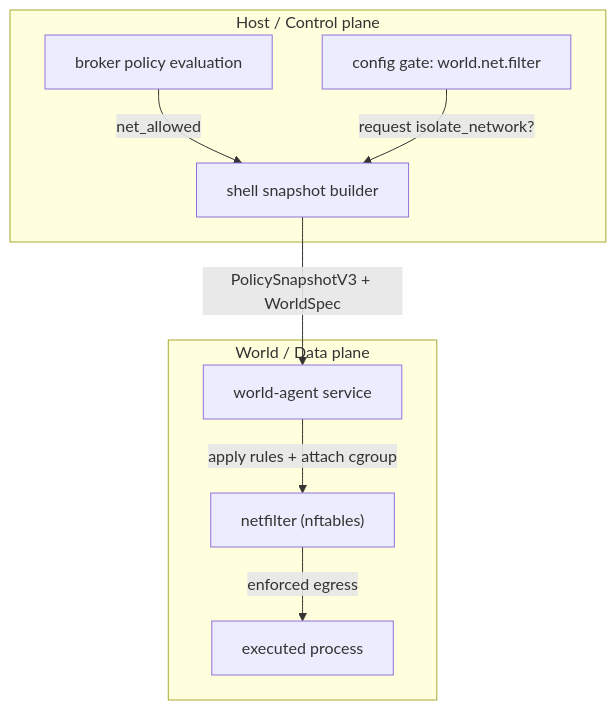
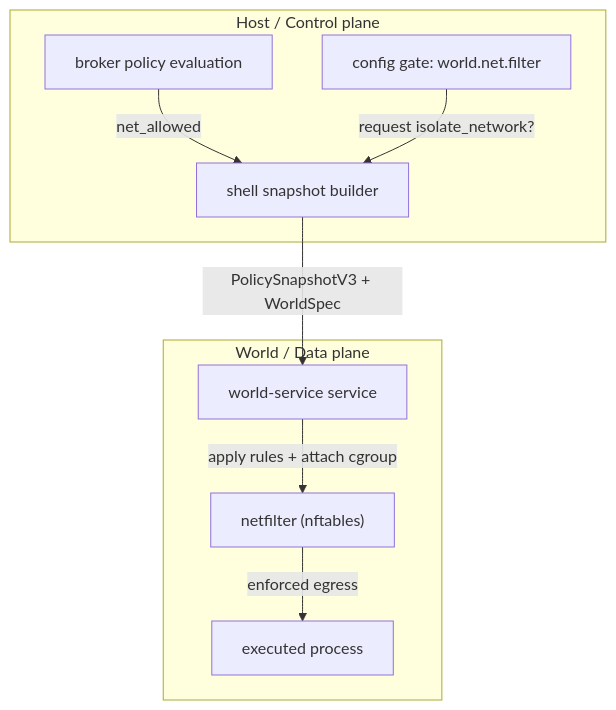
The second of 3 diagrams in docs/project_management/packs/implemented/opt_in_world_netfilter_enforcement_v1_seams/review_surfaces.md (atomize-hq/substrate), drawn with Mermaid before and after one commit. The commit also changed other lines of this file and 590 other files, not shown here.

````diff
--- a/docs/project_management/packs/implemented/opt_in_world_netfilter_enforcement_v1_seams/review_surfaces.md
+++ b/docs/project_management/packs/implemented/opt_in_world_netfilter_enforcement_v1_seams/review_surfaces.md
@@ -23,19 +23,19 @@
 ```mermaid
 flowchart TB
   subgraph Host["Host / Control plane"]
     BR["broker policy evaluation"]
     SH["shell snapshot builder"]
     CFG["config gate: world.net.filter"]
   end
   subgraph World["World / Data plane"]
-    WA["world-agent service"]
+    WA["world-service service"]
     NF["netfilter (nftables)"]
     EX["executed process"]
   end
 
   BR -->|"net_allowed"| SH
   CFG -->|"request isolate_network?"| SH
   SH -->|"PolicySnapshotV3 + WorldSpec"| WA
   WA -->|"apply rules + attach cgroup"| NF
   NF -->|"enforced egress"| EX
 ```
````
